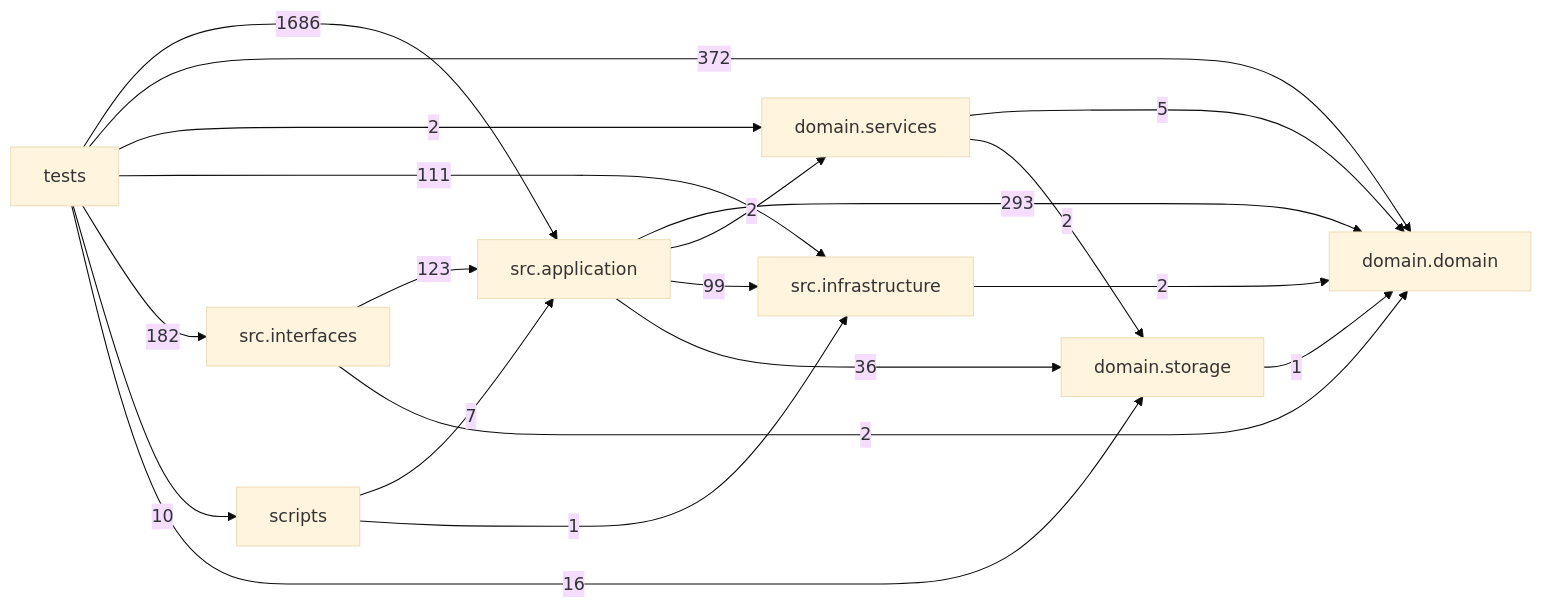
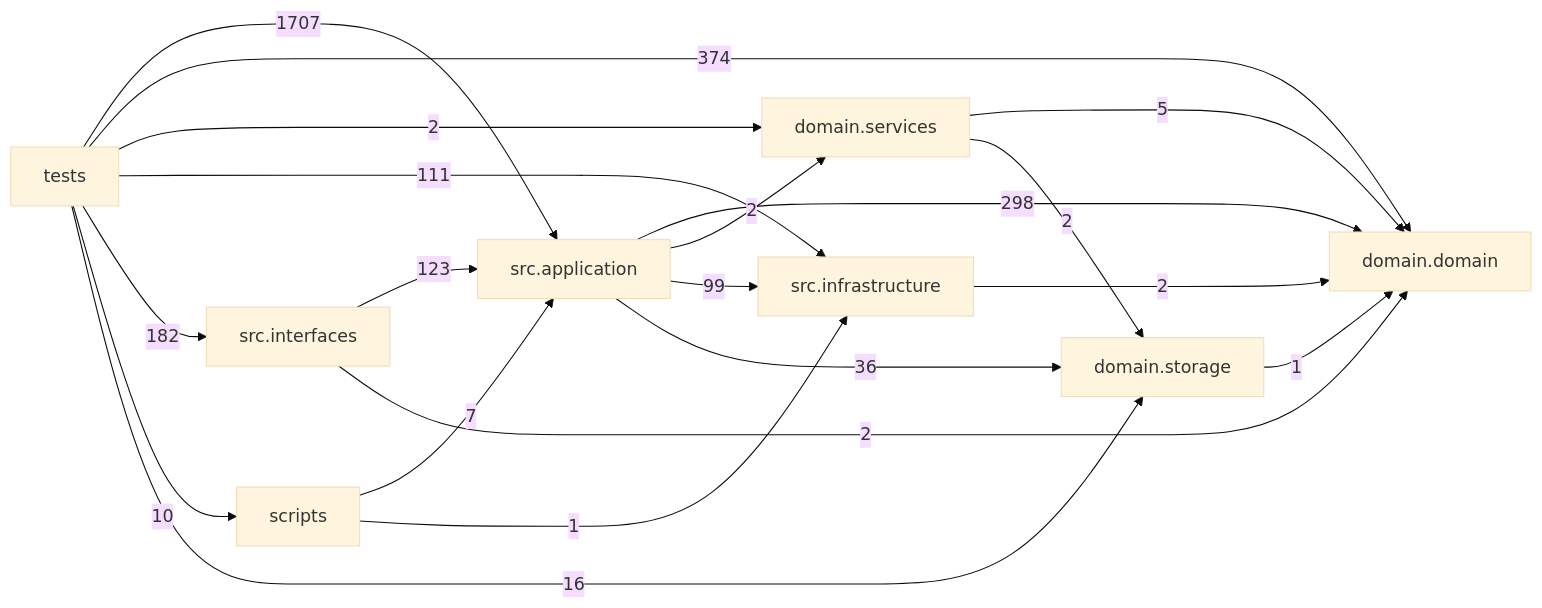
One commit to liuxie066/options-monitor changed the diagram in docs/DEPENDENCY_GRAPH.md. Above: the diagram before and after it, drawn with Mermaid (base theme). The commit also changed other lines of this file and 54 other files, not shown here.

````diff
--- a/docs/DEPENDENCY_GRAPH.md
+++ b/docs/DEPENDENCY_GRAPH.md
@@ -24,30 +24,30 @@
 ```mermaid
 flowchart LR
   tests["tests"]
   scripts["scripts"]
   interfaces["src.interfaces"]
   application["src.application"]
   infrastructure["src.infrastructure"]
   domain_services["domain.services"]
   domain["domain.domain"]
   storage["domain.storage"]
-  application -->|293| domain
+  application -->|298| domain
   application -->|2| domain_services
   application -->|99| infrastructure
   application -->|36| storage
   domain_services -->|5| domain
   domain_services -->|2| storage
   infrastructure -->|2| domain
   interfaces -->|123| application
   interfaces -->|2| domain
   scripts -->|7| application
   scripts -->|1| infrastructure
   storage -->|1| domain
-  tests -->|1686| application
-  tests -->|372| domain
+  tests -->|1707| application
+  tests -->|374| domain
   tests -->|2| domain_services
   tests -->|111| infrastructure
   tests -->|182| interfaces
   tests -->|10| scripts
   tests -->|16| storage
 ```
````
